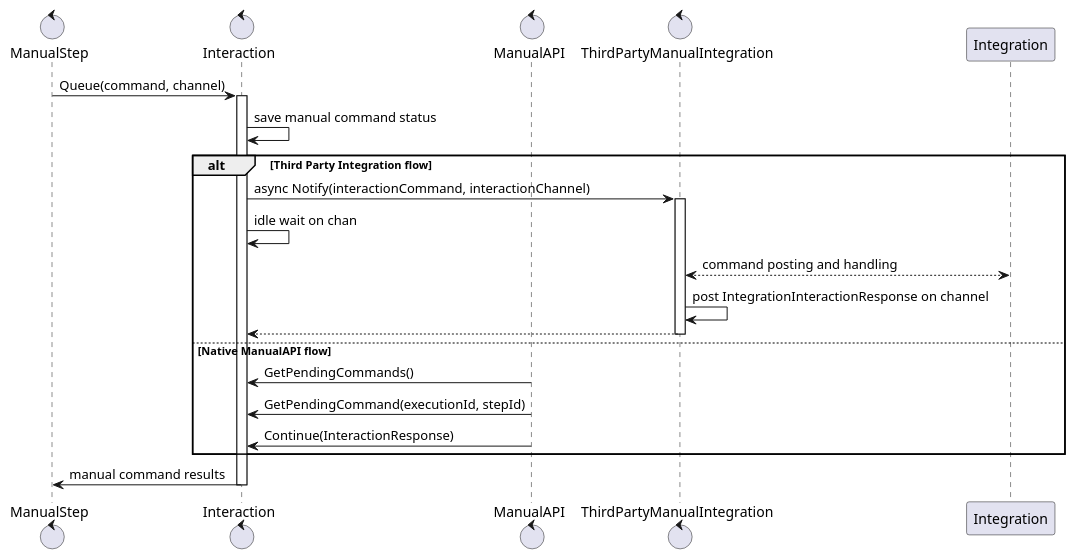
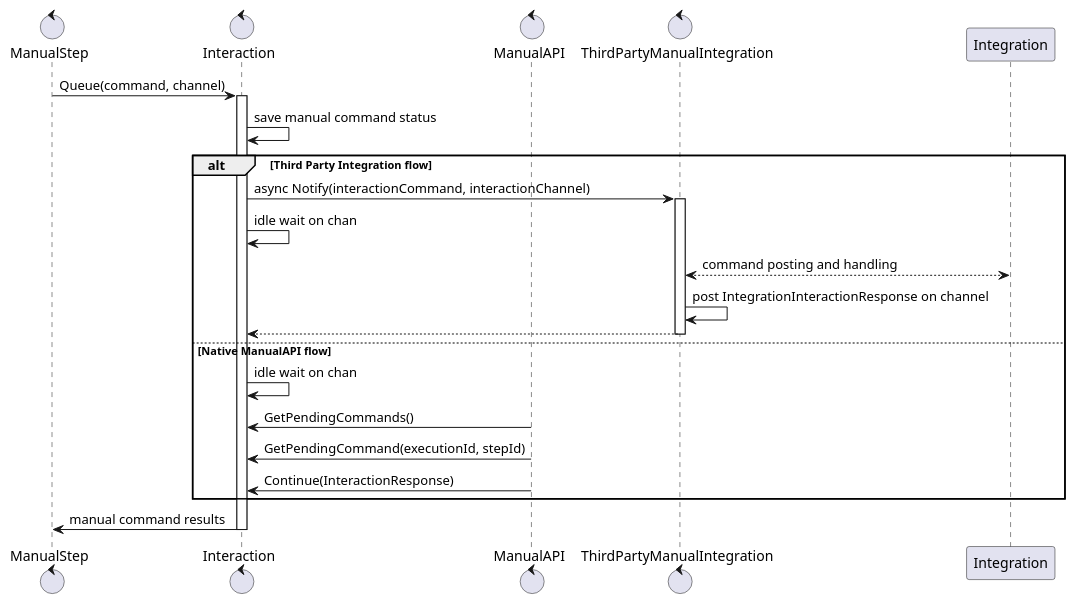
Before and after one commit to COSSAS/SOARCA: the second of 2 diagrams in docs/content/en/docs/core-components/modules.md, drawn with PlantUML.

Commit message:
add idle wait on chan for manual api flow in docs

````diff
--- a/docs/content/en/docs/core-components/modules.md
+++ b/docs/content/en/docs/core-components/modules.md
@@ -395,31 +395,32 @@
 ```plantuml
 @startuml
 control "ManualStep" as manual
 control "Interaction" as interaction
 control "ManualAPI" as api
 control "ThirdPartyManualIntegration" as 3ptool
 
 
 manual -> interaction : Queue(command, channel)
 activate interaction
 interaction -> interaction : save manual command status
 alt Third Party Integration flow
 interaction -> 3ptool : async Notify(interactionCommand, interactionChannel)
 activate 3ptool
 interaction -> interaction : idle wait on chan
 
 3ptool <--> Integration : command posting and handling
 3ptool -> 3ptool : post IntegrationInteractionResponse on channel
 3ptool --> interaction
 deactivate 3ptool
 else Native ManualAPI flow
+interaction -> interaction : idle wait on chan
 api -> interaction : GetPendingCommands()
 api -> interaction : GetPendingCommand(executionId, stepId)
 api -> interaction : Continue(InteractionResponse)
 end
 
 interaction -> manual : manual command results
 deactivate interaction
 
 @enduml
 ```
````
